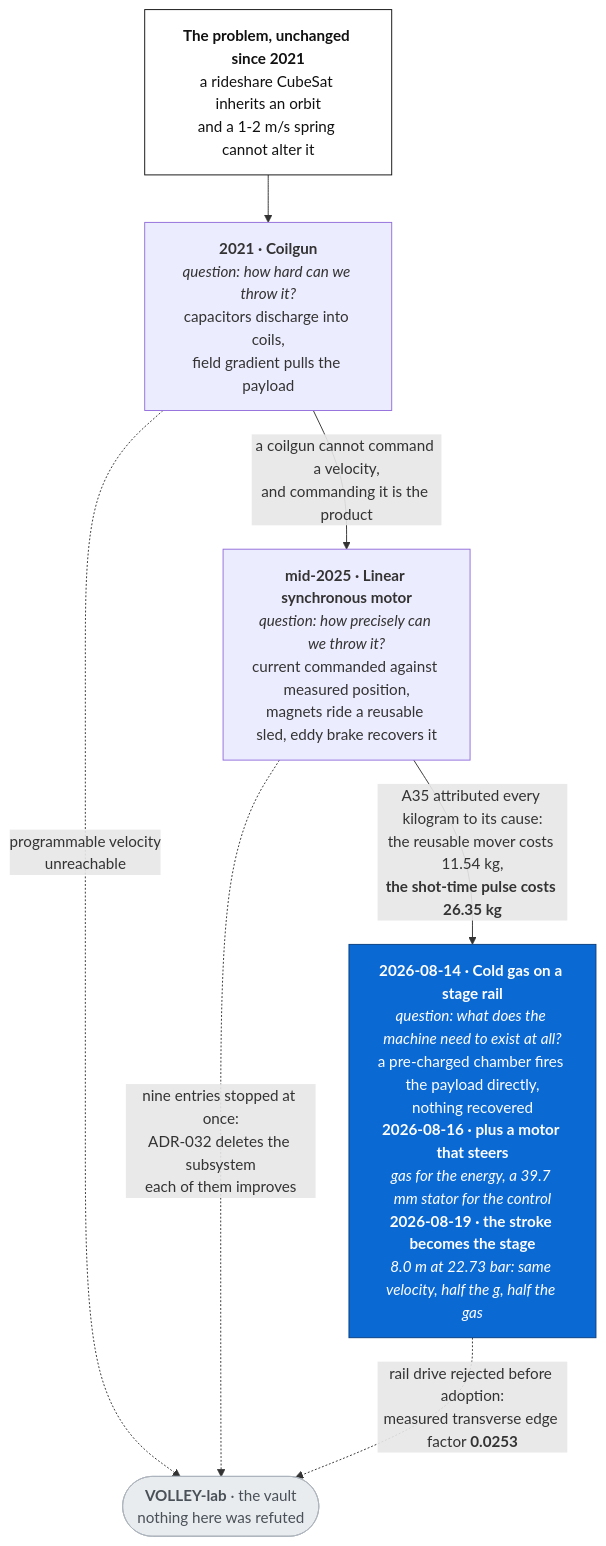
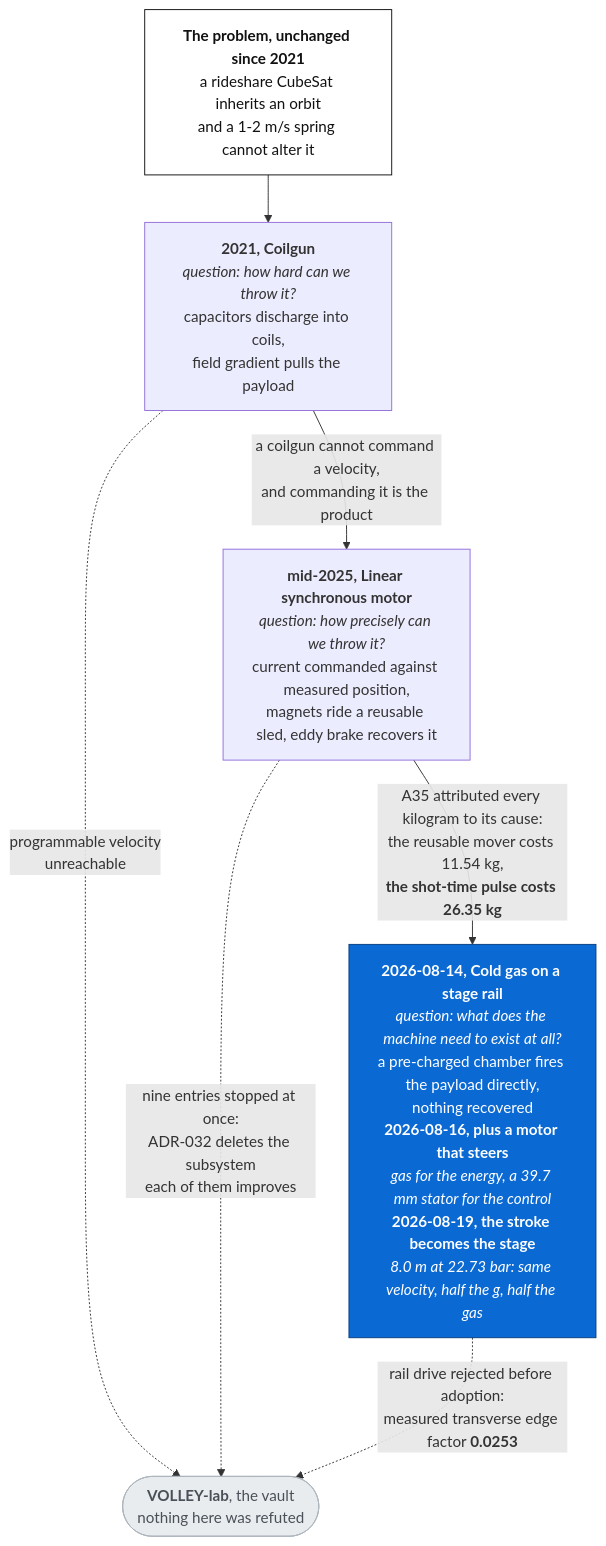
One commit to aaaaaaaaaaaavm/VOLLEY changed the sixth of 6 diagrams in README.md. Above: the diagram before and after it, drawn with Mermaid. The commit also changed other lines of this file, not shown here.

````diff
--- a/README.md
+++ b/README.md
@@ -739,25 +739,25 @@
 ```mermaid
 flowchart TD
     P["<b>The problem, unchanged since 2021</b><br/>a rideshare CubeSat inherits an orbit<br/>and a 1-2 m/s spring cannot alter it"]
 
-    A1["<b>2021 · Coilgun</b><br/><i>question: how hard can we throw it?</i><br/>capacitors discharge into coils,<br/>field gradient pulls the payload"]
-    A2["<b>mid-2025 · Linear synchronous motor</b><br/><i>question: how precisely can we throw it?</i><br/>current commanded against measured position,<br/>magnets ride a reusable sled, eddy brake recovers it"]
-    A3["<b>2026-08-14 · Cold gas on a stage rail</b><br/><i>question: what does the machine need to exist at all?</i><br/>a pre-charged chamber fires the payload directly,<br/>nothing recovered<br/><b>2026-08-16 · plus a motor that steers</b><br/><i>gas for the energy, a 39.7 mm stator for the control</i><br/><b>2026-08-19 · the stroke becomes the stage</b><br/><i>8.0 m at 22.73 bar: same velocity, half the g, half the gas</i>"]
+    A1["<b>2021, Coilgun</b><br/><i>question: how hard can we throw it?</i><br/>capacitors discharge into coils,<br/>field gradient pulls the payload"]
+    A2["<b>mid-2025, Linear synchronous motor</b><br/><i>question: how precisely can we throw it?</i><br/>current commanded against measured position,<br/>magnets ride a reusable sled, eddy brake recovers it"]
+    A3["<b>2026-08-14, Cold gas on a stage rail</b><br/><i>question: what does the machine need to exist at all?</i><br/>a pre-charged chamber fires the payload directly,<br/>nothing recovered<br/><b>2026-08-16, plus a motor that steers</b><br/><i>gas for the energy, a 39.7 mm stator for the control</i><br/><b>2026-08-19, the stroke becomes the stage</b><br/><i>8.0 m at 22.73 bar: same velocity, half the g, half the gas</i>"]
 
     P --> A1
     A1 -->|"a coilgun cannot command a velocity,<br/>and commanding it is the product"| A2
     A2 -->|"A35 attributed every kilogram to its cause:<br/>the reusable mover costs 11.54 kg,<br/><b>the shot-time pulse costs 26.35 kg</b>"| A3
 
-    V(["<b>VOLLEY-lab</b> · the vault<br/>nothing here was refuted"])
+    V(["<b>VOLLEY-lab</b>, the vault<br/>nothing here was refuted"])
 
     A1 -.->|"programmable velocity<br/>unreachable"| V
     A2 -.->|"nine entries stopped at once:<br/>ADR-032 deletes the subsystem<br/>each of them improves"| V
     A3 -.->|"rail drive rejected before adoption:<br/>measured transverse edge factor <b>0.0253</b>"| V
 
     classDef live fill:#0b69d4,stroke:#083f80,color:#fff
     classDef dead fill:#e9ecef,stroke:#adb5bd,color:#495057
     classDef prob fill:#fff,stroke:#111,color:#111
     class A3 live
     class V dead
     class P prob
 ```
````
